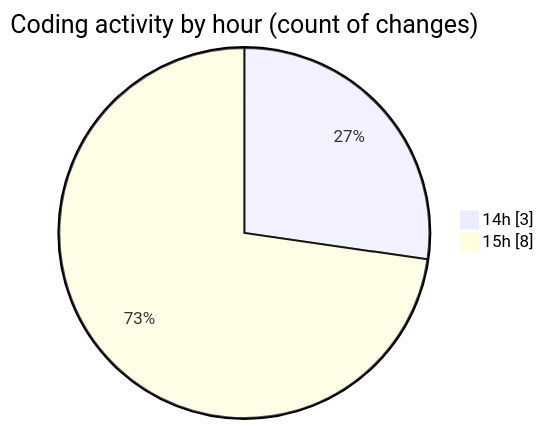
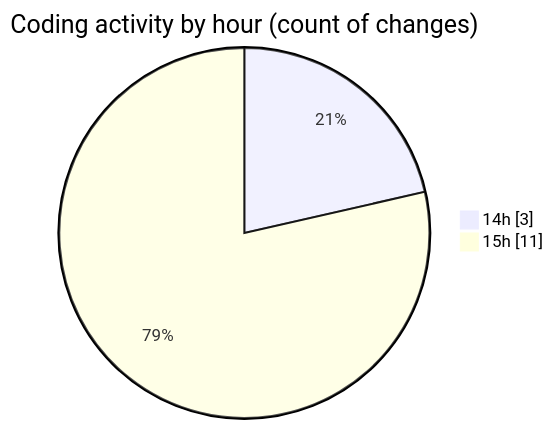
One commit to idhammustaqopulfikri/code-tracking changed the second of 2 diagrams in 2025-05-30/studio-backend/README.md. Above: the diagram before and after it, drawn with Mermaid. The commit also changed other lines of this file and 1 other file, not shown here.

````diff
--- a/2025-05-30/studio-backend/README.md
+++ b/2025-05-30/studio-backend/README.md
@@ -34,6 +35,6 @@
 ```mermaid
 pie showData
 title Coding activity by hour (count of changes)
 "14h" : 3
-"15h" : 8
+"15h" : 11
 ```
````
